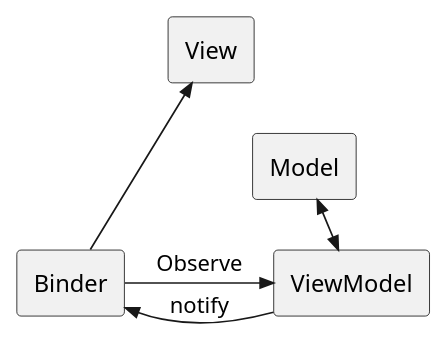
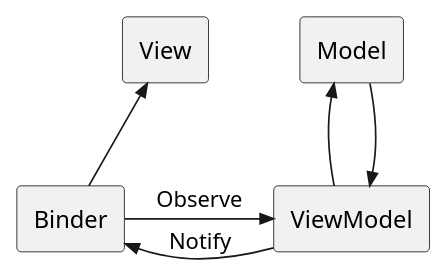
Before and after one commit to JunilHwang/TIL: the fourth of 4 diagrams in CodeSpitz/Object-Oriented-Javascript/DesignPattern/README.md, drawn with PlantUML. The commit also changed other lines of this file and 1 other file, not shown here.

```diff
--- a/CodeSpitz/Object-Oriented-Javascript/DesignPattern/README.md
+++ b/CodeSpitz/Object-Oriented-Javascript/DesignPattern/README.md
@@ -208,12 +254,13 @@
 @startuml
 rectangle View
-agent Binder
-rectangle ViewModel
+rectangle Binder
 rectangle Model
+agent ViewModel
 
 View -[hidden] Model
 View <<-- Binder
 Binder ->> ViewModel : Observe
-Binder <<- ViewModel : notify
-Model <<->> ViewModel
+Binder <<- ViewModel : Notify
+Model <<-- ViewModel
+Model -->> ViewModel
 @enduml
```
